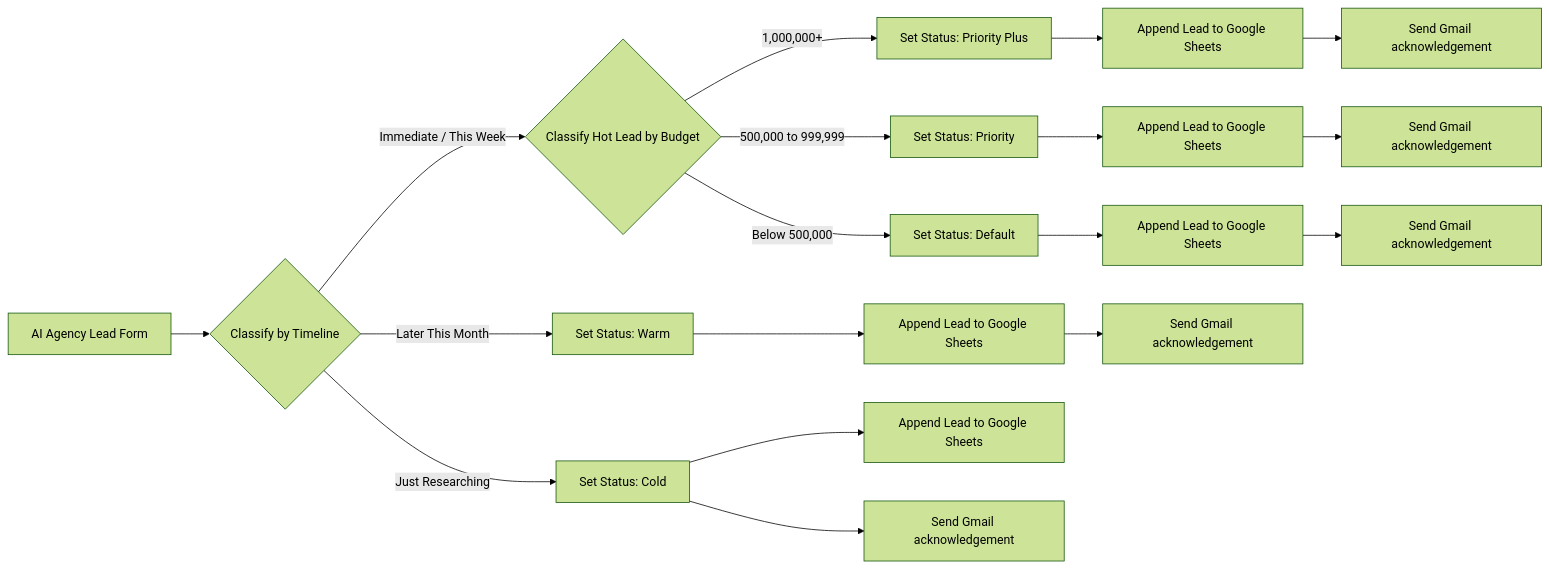
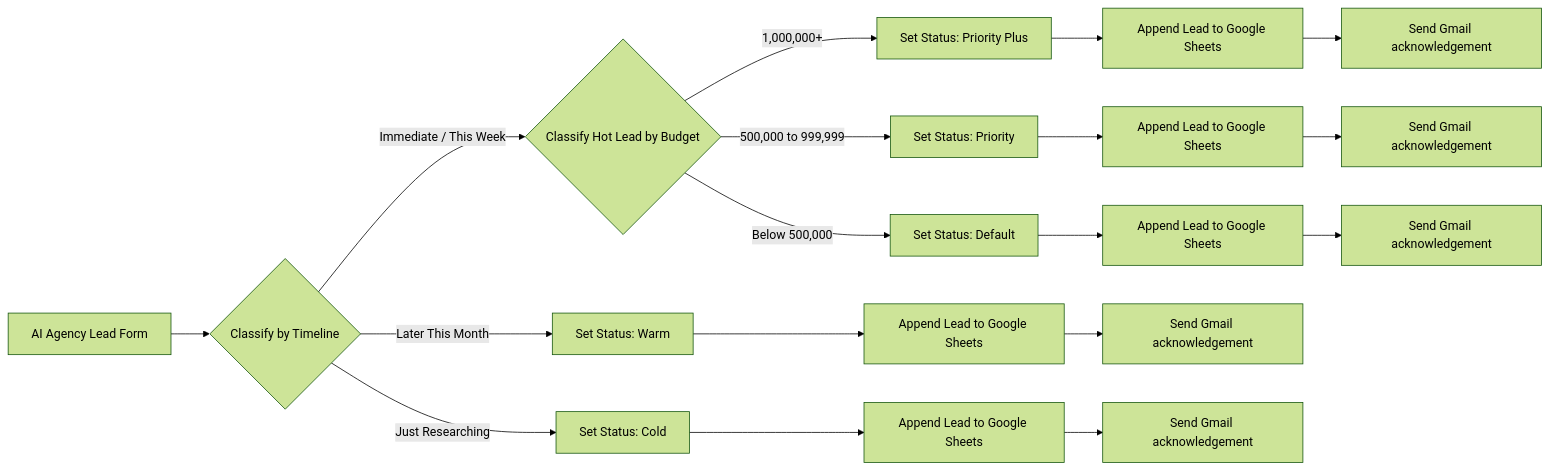
The diagram in 01-ai-agency-lead-qualification/README.md (Dudubynatur3/ai-automation-portfolio), drawn with Mermaid (forest theme) before and after one commit.

Commit message:
Fix cold-route diagram after evidence policy update

````diff
--- a/01-ai-agency-lead-qualification/README.md
+++ b/01-ai-agency-lead-qualification/README.md
@@ -15,23 +15,23 @@
 ```mermaid
 flowchart LR
     A[AI Agency Lead Form] --> B{Classify by Timeline}
     B -->|Immediate / This Week| C{Classify Hot Lead by Budget}
     B -->|Later This Month| W[Set Status: Warm]
     B -->|Just Researching| X[Set Status: Cold]
 
     C -->|1,000,000+| P1[Set Status: Priority Plus]
     C -->|500,000 to 999,999| P2[Set Status: Priority]
     C -->|Below 500,000| P3[Set Status: Default]
 
     P1 --> S1[Append Lead to Google Sheets]
     P2 --> S2[Append Lead to Google Sheets]
     P3 --> S3[Append Lead to Google Sheets]
     W --> S4[Append Lead to Google Sheets]
     X --> S5[Append Lead to Google Sheets]
 
     S1 --> E1[Send Gmail acknowledgement]
     S2 --> E2[Send Gmail acknowledgement]
     S3 --> E3[Send Gmail acknowledgement]
     S4 --> E4[Send Gmail acknowledgement]
-    X --> E5[Send Gmail acknowledgement]
+    S5 --> E5[Send Gmail acknowledgement]
 ```
````
